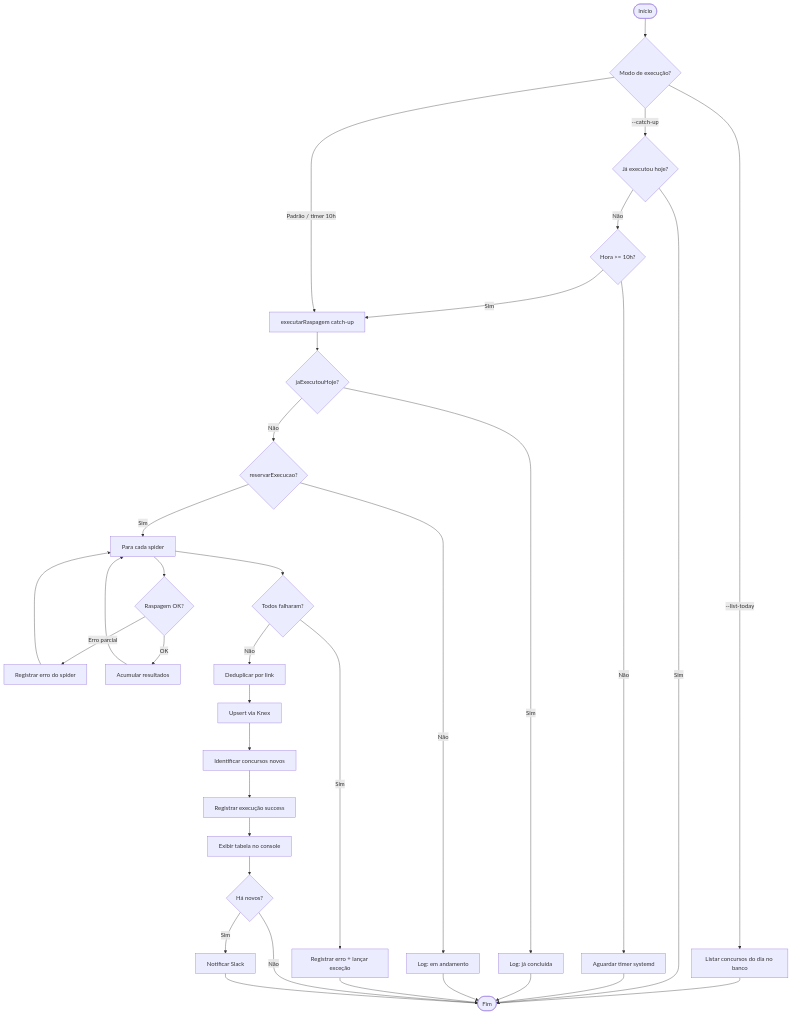
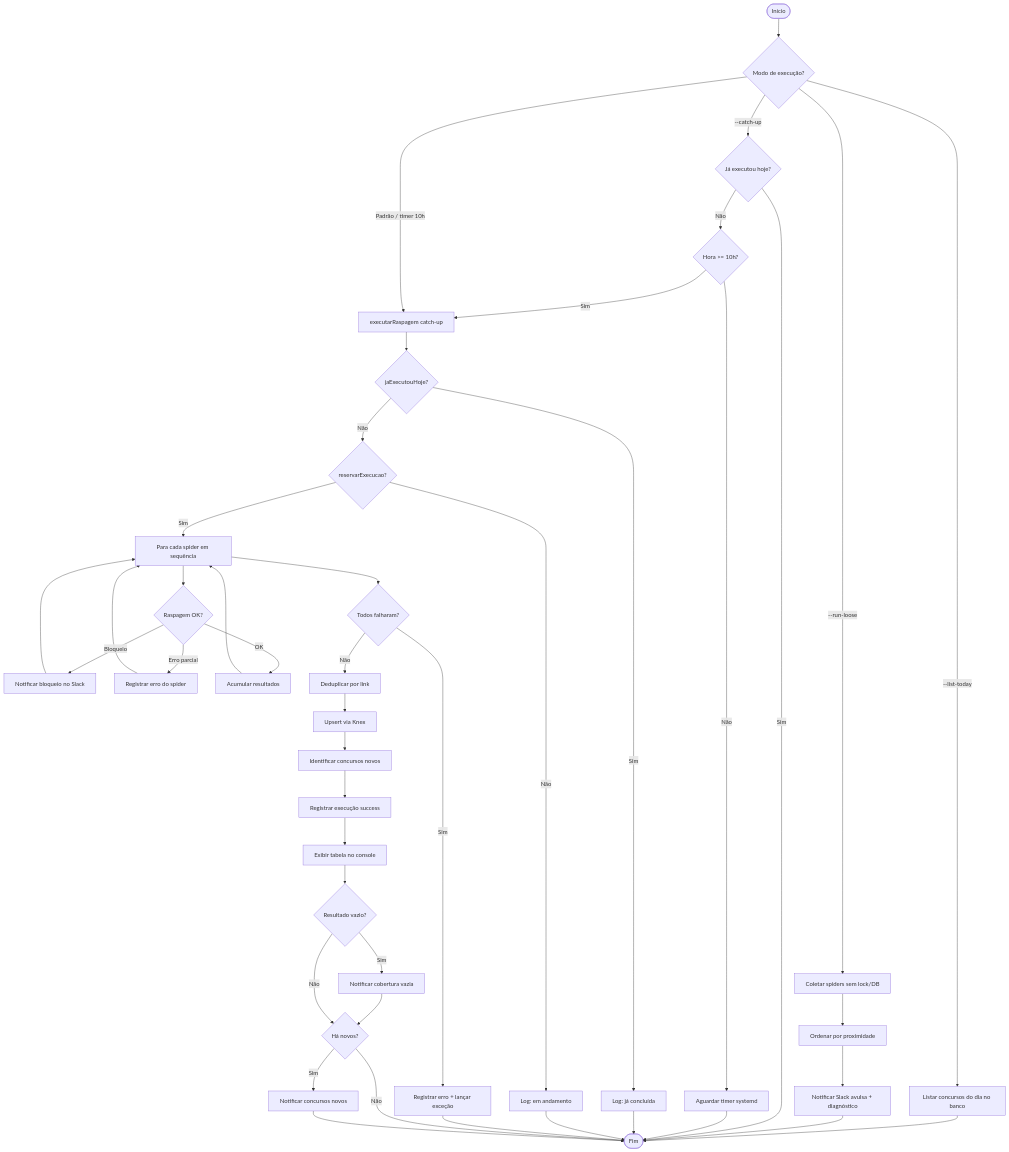
Before and after one commit to jonatasbueno/web-crawler-para-buscar-concursos: the first of 2 diagrams in README.md, drawn with Mermaid. The commit also changed other lines of this file, not shown here.

First line of the commit message:
Update README.md to include loose scraping mode and enhance architecture details

````diff
--- a/README.md
+++ b/README.md
@@ -93,45 +116,55 @@
 ```mermaid
 flowchart TD
     A([Início]) --> B{Modo de execução?}
 
     B -->|--list-today| C[Listar concursos do dia no banco]
     C --> Z([Fim])
+
+    B -->|--run-loose| RL[Coletar spiders sem lock/DB]
+    RL --> RLO[Ordenar por proximidade]
+    RLO --> RLN[Notificar Slack avulsa + diagnóstico]
+    RLN --> Z
 
     B -->|--catch-up| D{Já executou hoje?}
     D -->|Sim| Z
     D -->|Não| E{Hora >= 10h?}
     E -->|Não| F[Aguardar timer systemd]
     F --> Z
     E -->|Sim| G[executarRaspagem catch-up]
 
     B -->|Padrão / timer 10h| G
 
     G --> H{jaExecutouHoje?}
     H -->|Sim| I[Log: já concluída]
     I --> Z
 
     H -->|Não| J{reservarExecucao?}
     J -->|Não| K[Log: em andamento]
     K --> Z
 
-    J -->|Sim| L[Para cada spider]
+    J -->|Sim| L[Para cada spider em sequência]
     L --> M{Raspagem OK?}
+    M -->|Bloqueio| NB[Notificar bloqueio no Slack]
+    NB --> L
     M -->|Erro parcial| N[Registrar erro do spider]
     N --> L
     M -->|OK| O[Acumular resultados]
     O --> L
 
     L --> P{Todos falharam?}
     P -->|Sim| Q[Registrar erro + lançar exceção]
     Q --> Z
 
     P -->|Não| R[Deduplicar por link]
     R --> S[Upsert via Knex]
     S --> T[Identificar concursos novos]
     T --> U[Registrar execução success]
     U --> V[Exibir tabela no console]
-    V --> W{Há novos?}
-    W -->|Sim| X[Notificar Slack]
+    V --> CV{Resultado vazio?}
+    CV -->|Sim| CVN[Notificar cobertura vazia]
+    CVN --> W{Há novos?}
+    CV -->|Não| W
+    W -->|Sim| X[Notificar concursos novos]
     W -->|Não| Z
     X --> Z
 ```
````
